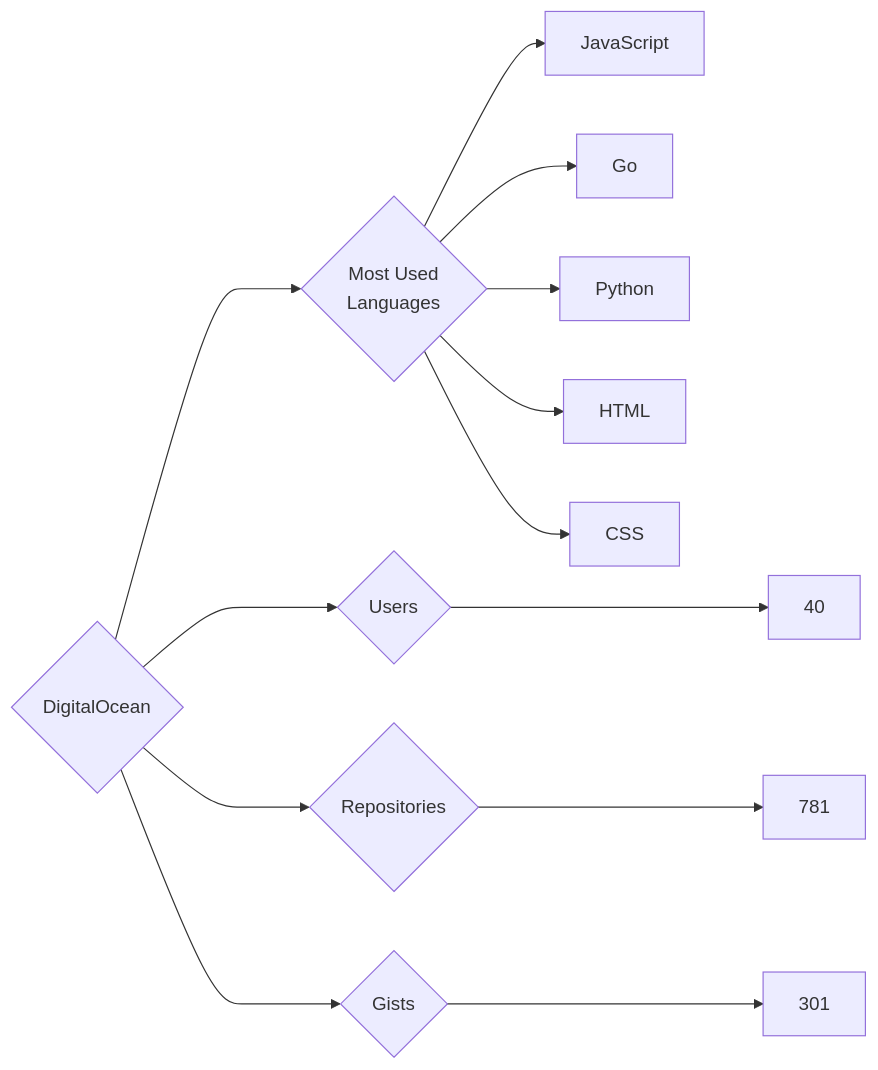
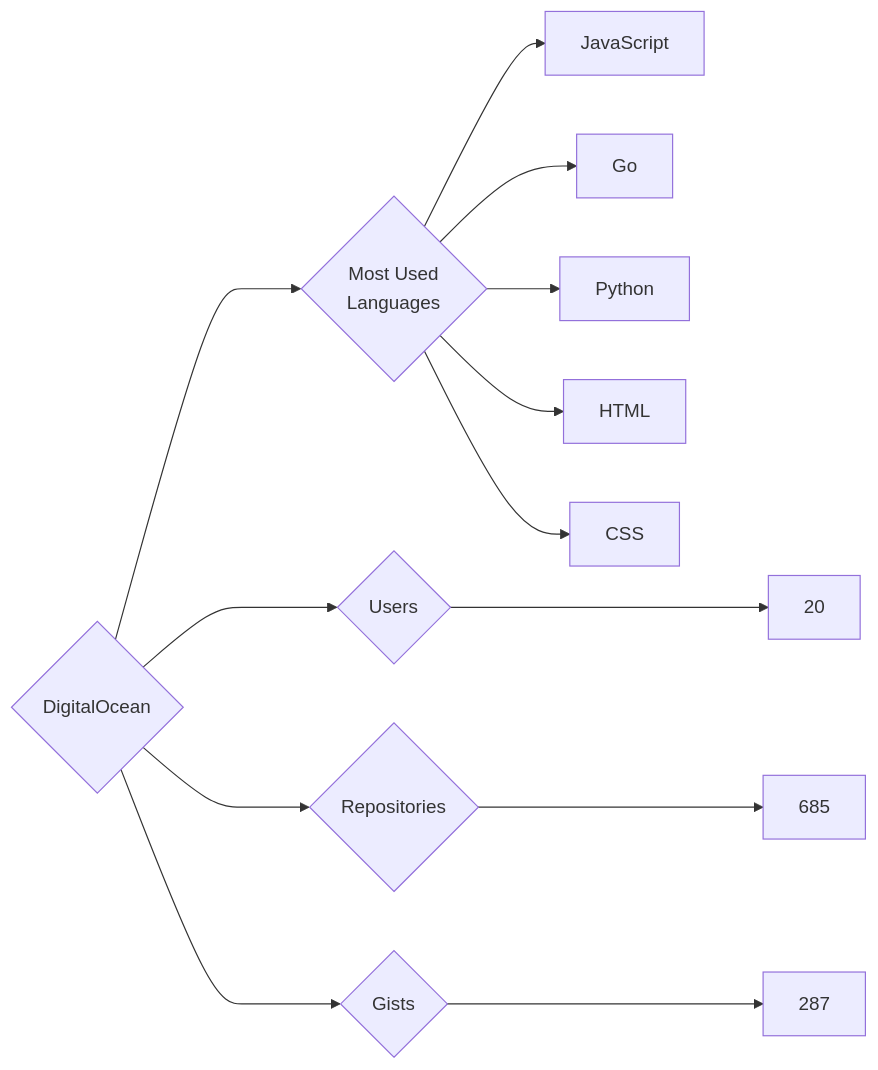
The diagram in targets/DigitalOcean/README.md (trickest/insiders), drawn with Mermaid before and after one commit. The commit also changed 682 other files, not shown here.

````diff
--- a/targets/DigitalOcean/README.md
+++ b/targets/DigitalOcean/README.md
@@ -3,13 +3,13 @@
 ```mermaid
 graph LR
 COMPANY_NAME{DigitalOcean}
-COMPANY_NAME ---> U{Users} ---> UN[40]
-COMPANY_NAME ---> R{Repositories} ---> RN[781]
-COMPANY_NAME ---> G{Gists} ---> GN[301]
+COMPANY_NAME ---> U{Users} ---> UN[20]
+COMPANY_NAME ---> R{Repositories} ---> RN[685]
+COMPANY_NAME ---> G{Gists} ---> GN[287]
 COMPANY_NAME ---> ML{Most Used<br>Languages}
 ML --> JavaScript[JavaScript]
 ML --> Go[Go]
 ML --> Python[Python]
 ML --> HTML[HTML]
 ML --> CSS[CSS]
 ```
````
